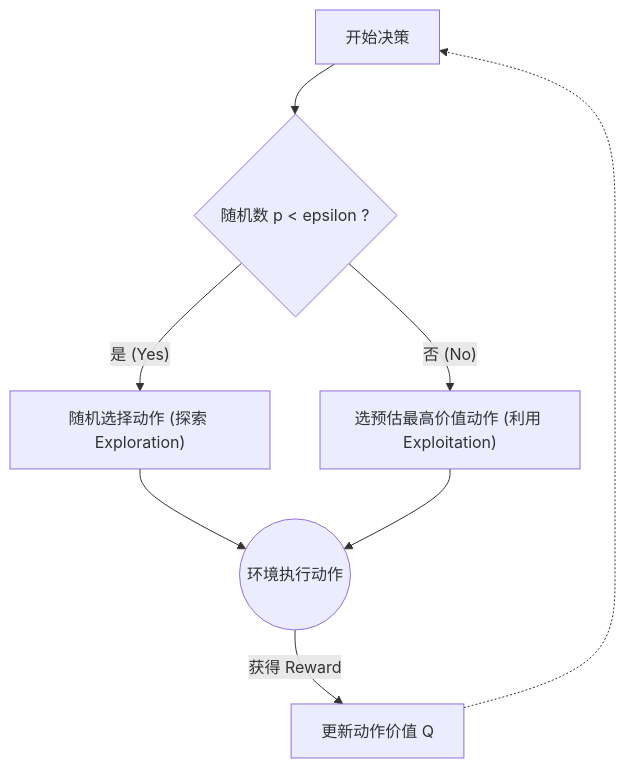
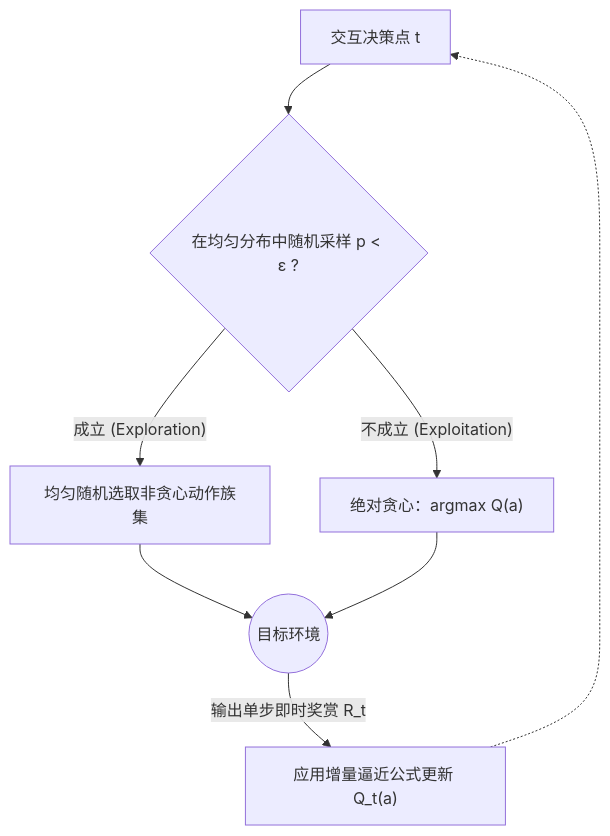
The first of 3 diagrams in _posts/2026-04-06-RL-basic-summary.md (justahorsem/justahorsem.github.io), drawn with Mermaid before and after one commit. The commit also changed other lines of this file and 1 other file, not shown here.

````diff
--- a/_posts/2026-04-06-RL-basic-summary.md
+++ b/_posts/2026-04-06-RL-basic-summary.md
@@ -36,10 +31,10 @@
 ```mermaid
 graph TD
-    START["开始决策"] --> CONDITION{"随机数 p < epsilon ?"}
-    CONDITION -- "是 (Yes)" --> EXPLORE["随机选择动作 (探索 Exploration)"]
-    CONDITION -- "否 (No)" --> EXPLOIT["选预估最高价值动作 (利用 Exploitation)"]
-    EXPLORE --> ENV(("环境执行动作"))
+    START["交互决策点 t"] --> CONDITION{"在均匀分布中随机采样 p < ε ?"}
+    CONDITION -- "成立 (Exploration)" --> EXPLORE["均匀随机选取非贪心动作族集"]
+    CONDITION -- "不成立 (Exploitation)" --> EXPLOIT["绝对贪心：argmax Q(a)"]
+    EXPLORE --> ENV(("目标环境"))
     EXPLOIT --> ENV
-    ENV -->|"获得 Reward"| UPDATE["更新动作价值 Q"]
+    ENV -->|"输出单步即时奖赏 R_t"| UPDATE["应用增量逼近公式更新 Q_t(a)"]
     UPDATE -.-> START
 ```
````
